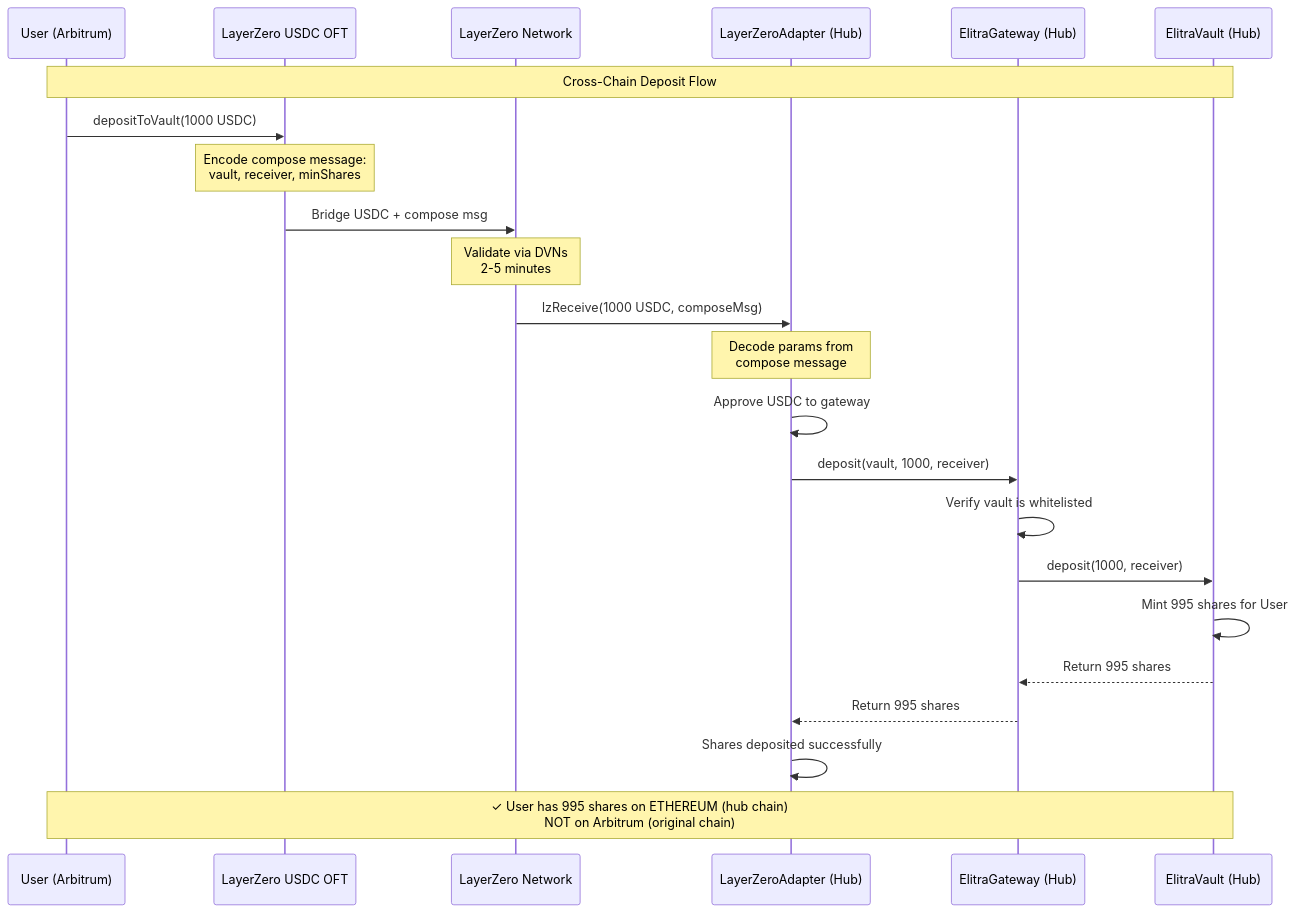
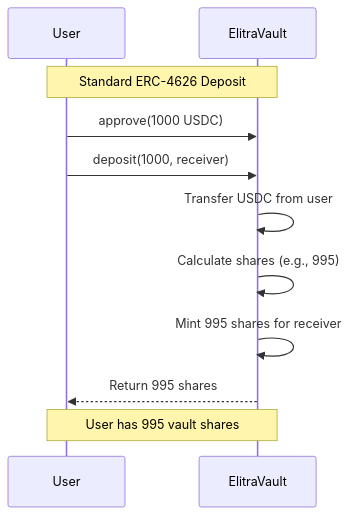
The second of 3 diagrams in README.md (elitraOS/elitra-core), drawn with Mermaid before and after one commit. The commit also changed other lines of this file and 25 other files, not shown here.

````diff
--- a/README.md
+++ b/README.md
@@ -90,33 +58,18 @@
 ```mermaid
 sequenceDiagram
-    participant User as User (Arbitrum)
-    participant OFT as LayerZero USDC OFT
-    participant LZ as LayerZero Network
-    participant Adapter as LayerZeroAdapter (Hub)
-    participant Gateway as ElitraGateway (Hub)
-    participant Vault as ElitraVault (Hub)
+    participant User
+    participant Vault as ElitraVault
 
-    Note over User,Vault: Cross-Chain Deposit Flow
+    Note over User,Vault: Standard ERC-4626 Deposit
 
-    User->>OFT: depositToVault(1000 USDC)
-    Note over OFT: Encode compose message:<br/>vault, receiver, minShares
+    User->>Vault: approve(1000 USDC)
+    User->>Vault: deposit(1000, receiver)
 
-    OFT->>LZ: Bridge USDC + compose msg
-    Note over LZ: Validate via DVNs<br/>2-5 minutes
+    Vault->>Vault: Transfer USDC from user
+    Vault->>Vault: Calculate shares (e.g., 995)
+    Vault->>Vault: Mint 995 shares for receiver
 
-    LZ->>Adapter: lzReceive(1000 USDC, composeMsg)
-    Note over Adapter: Decode params from<br/>compose message
+    Vault-->>User: Return 995 shares
 
-    Adapter->>Adapter: Approve USDC to gateway
-    Adapter->>Gateway: deposit(vault, 1000, receiver)
-
-    Gateway->>Gateway: Verify vault is whitelisted
-    Gateway->>Vault: deposit(1000, receiver)
-
-    Vault->>Vault: Mint 995 shares for User
-    Vault-->>Gateway: Return 995 shares
-    Gateway-->>Adapter: Return 995 shares
-    Adapter->>Adapter: Shares deposited successfully
-
-    Note over User,Vault: ✓ User has 995 shares on ETHEREUM (hub chain)<br/>NOT on Arbitrum (original chain)
+    Note over User,Vault: User has 995 vault shares
 ```
````
